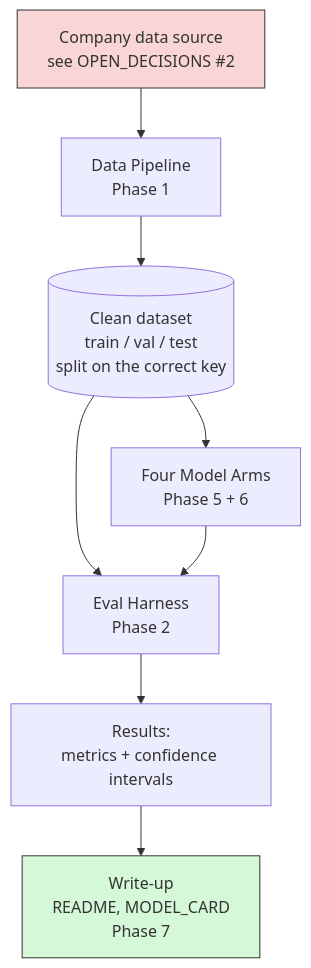
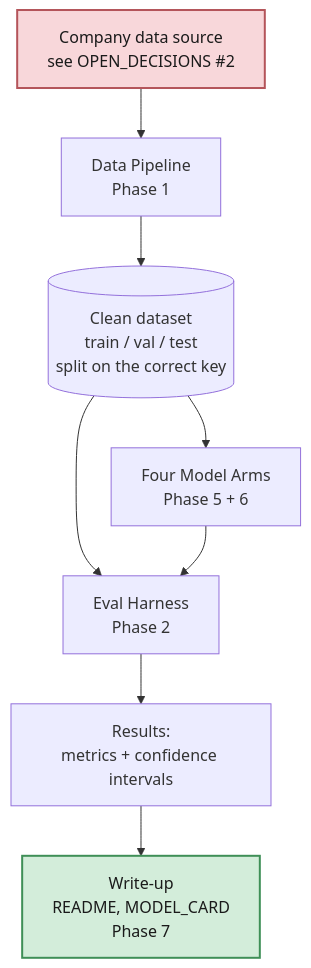
The first of 5 diagrams in docs/ARCHITECTURE.md (Akashkar00/notechat-qlora-eval), drawn with Mermaid before and after one commit. The commit also changed other lines of this file and 7 other files, not shown here.

````diff
--- a/docs/ARCHITECTURE.md
+++ b/docs/ARCHITECTURE.md
@@ -14,15 +14,15 @@
 ```mermaid
 flowchart TD
     A[Company data source\nsee OPEN_DECISIONS #2] --> B[Data Pipeline\nPhase 1]
     B --> C[(Clean dataset\ntrain / val / test\nsplit on the correct key)]
 
     C --> D[Eval Harness\nPhase 2]
     C --> E[Four Model Arms\nPhase 5 + 6]
 
     E --> D
     D --> F[Results:\nmetrics + confidence intervals]
     F --> G[Write-up\nREADME, MODEL_CARD\nPhase 7]
 
-    style A fill:#f9d5d5,stroke:#333
-    style G fill:#d5f9d8,stroke:#333
+    style A fill:#f8d7da,stroke:#b4545a,stroke-width:2px,color:#1a1a1a
+    style G fill:#d3edda,stroke:#3f8f57,stroke-width:2px,color:#1a1a1a
 ```
````
